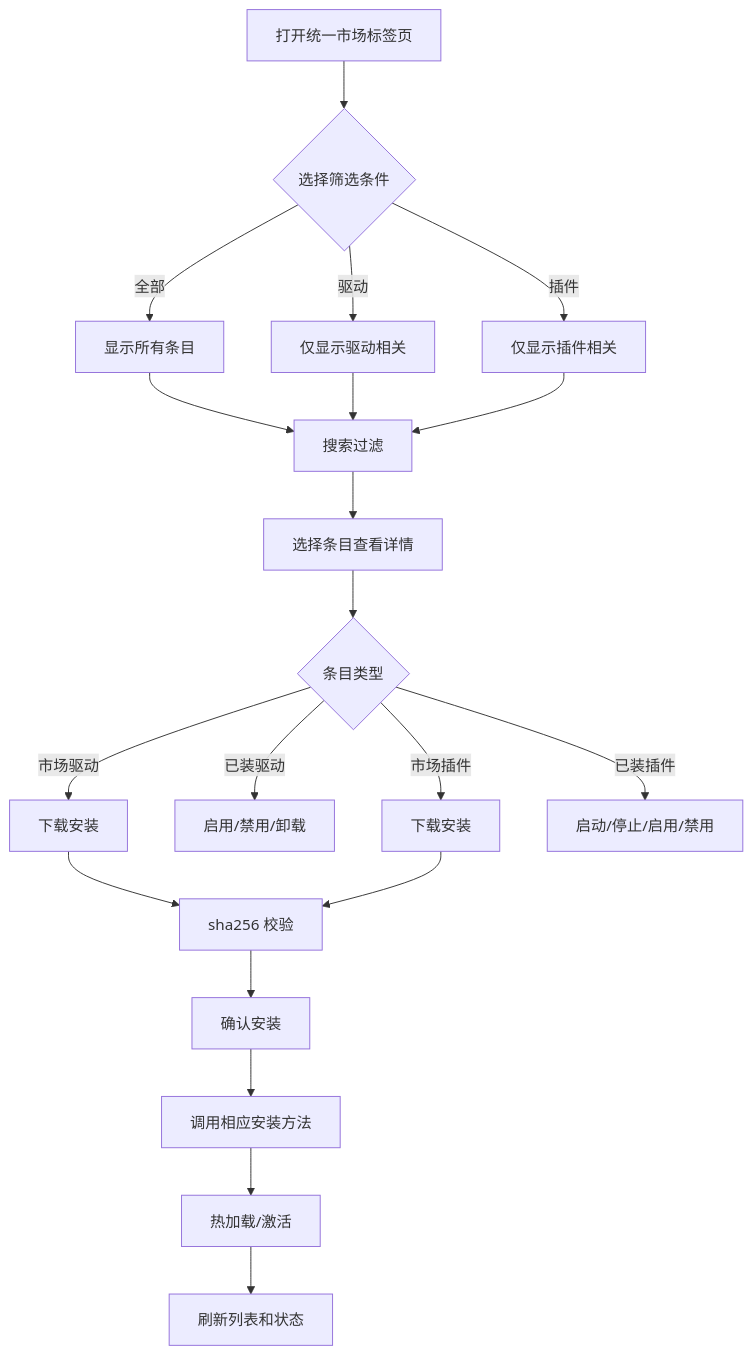
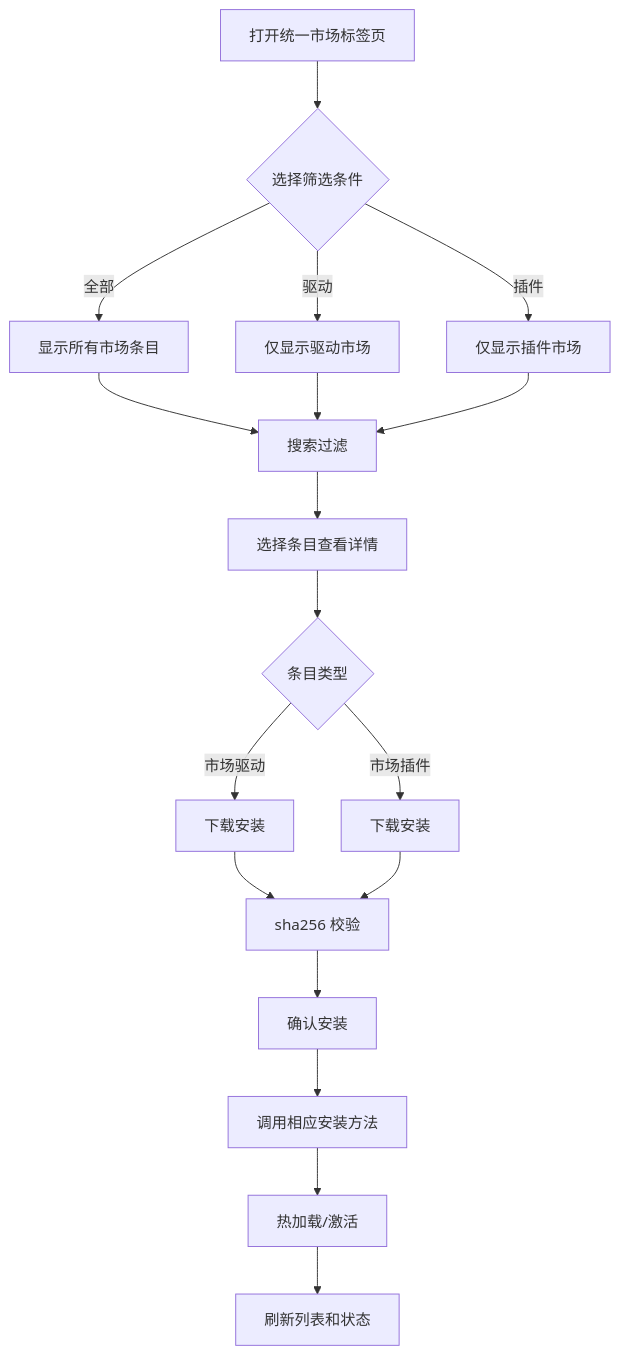
Before and after one commit to jakecai1225-design/OpenBus: the fourth of 13 diagrams in .qoder/repowiki/zh/content/架构设计/插件系统架构/扩展面板系统.md, drawn with Mermaid. The commit also changed other lines of this file and 92 other files, not shown here.

````diff
--- a/.qoder/repowiki/zh/content/架构设计/插件系统架构/扩展面板系统.md
+++ b/.qoder/repowiki/zh/content/架构设计/插件系统架构/扩展面板系统.md
@@ -272,22 +267,20 @@
 ```mermaid
 flowchart TD
 A["打开统一市场标签页"] --> B{"选择筛选条件"}
-B --> |全部| C["显示所有条目"]
-B --> |驱动| D["仅显示驱动相关"]
-B --> |插件| E["仅显示插件相关"]
+B --> |全部| C["显示所有市场条目"]
+B --> |驱动| D["仅显示驱动市场"]
+B --> |插件| E["仅显示插件市场"]
 C --> F["搜索过滤"]
 D --> F
 E --> F
 F --> G["选择条目查看详情"]
 G --> H{"条目类型"}
 H --> |市场驱动| I["下载安装"]
-H --> |已装驱动| J["启用/禁用/卸载"]
-H --> |市场插件| K["下载安装"]
-H --> |已装插件| L["启动/停止/启用/禁用"]
-I --> M["sha256 校验"]
-K --> M
-M --> N["确认安装"]
-N --> O["调用相应安装方法"]
-O --> P["热加载/激活"]
-P --> Q["刷新列表和状态"]
+H --> |市场插件| J["下载安装"]
+I --> K["sha256 校验"]
+J --> K
+K --> L["确认安装"]
+L --> M["调用相应安装方法"]
+M --> N["热加载/激活"]
+N --> O["刷新列表和状态"]
 ```
````
